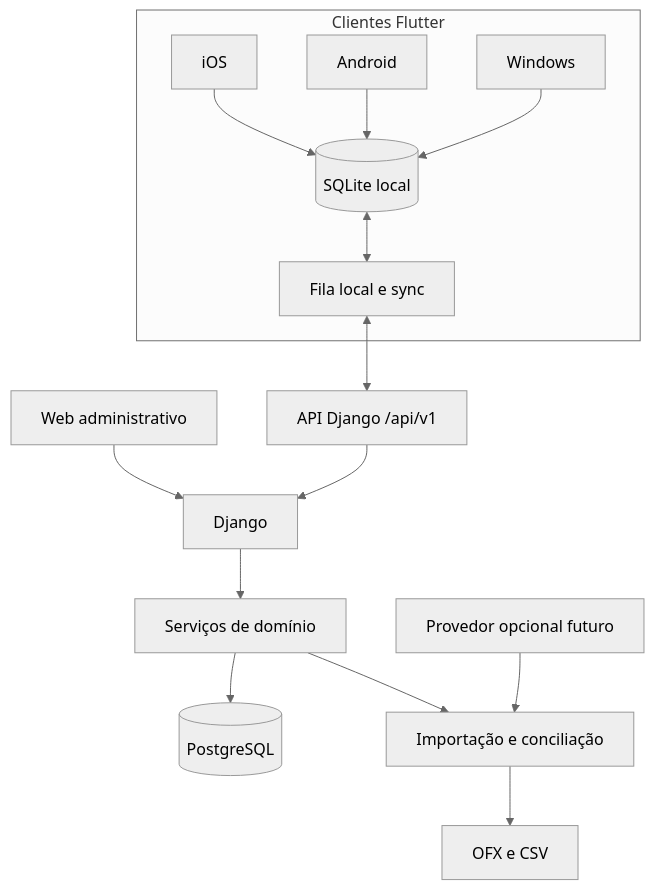
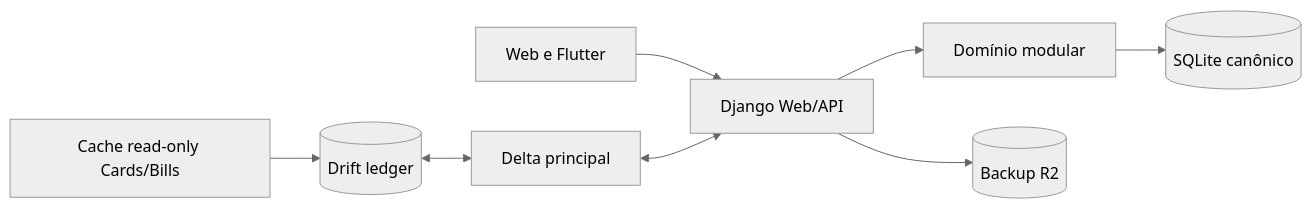
Before and after one commit to Ludsonfrancisco/finanpy: the third of 3 diagrams in docs/architecture.md, drawn with Mermaid (neutral theme). The commit also changed other lines of this file and 13 other files, not shown here.

````diff
--- a/docs/architecture.md
+++ b/docs/architecture.md
@@ -132,23 +151,10 @@
 ```mermaid
-flowchart TB
-    subgraph Clients["Clientes Flutter"]
-        IOS["iOS"]
-        Android["Android"]
-        Windows["Windows"]
-        LocalDB[("SQLite local")]
-        Outbox["Fila local e sync"]
-        IOS --> LocalDB
-        Android --> LocalDB
-        Windows --> LocalDB
-        LocalDB <--> Outbox
-    end
-
-    Outbox <--> API["API Django /api/v1"]
-    Web["Web administrativo"] --> Django["Django"]
-    API --> Django
-    Django --> Domain["Serviços de domínio"]
-    Domain --> Postgres[("PostgreSQL")]
-    Domain --> Imports["Importação e conciliação"]
-    Imports --> Files["OFX e CSV"]
-    Provider["Provedor opcional futuro"] --> Imports
+flowchart LR
+    Clients["Web e Flutter"] --> APIWeb["Django Web/API"]
+    APIWeb --> Domain["Domínio modular"]
+    Domain --> Canonical[("SQLite canônico")]
+    FlutterLedger[("Drift ledger")] <--> Sync["Delta principal"]
+    Sync <--> APIWeb
+    OnlineCache["Cache read-only Cards/Bills"] --> FlutterLedger
+    APIWeb --> R2[("Backup R2")]
 ```
````
